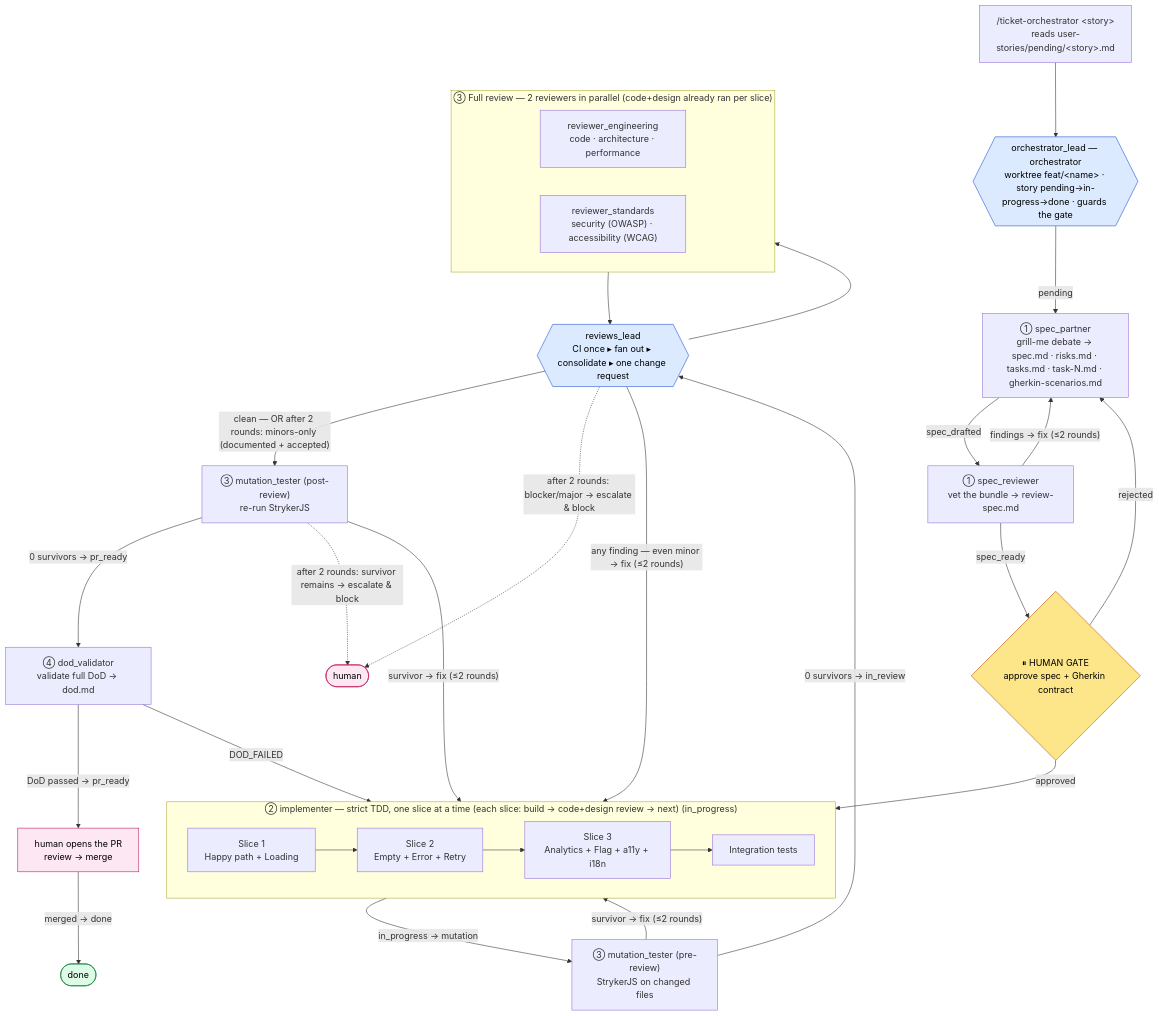
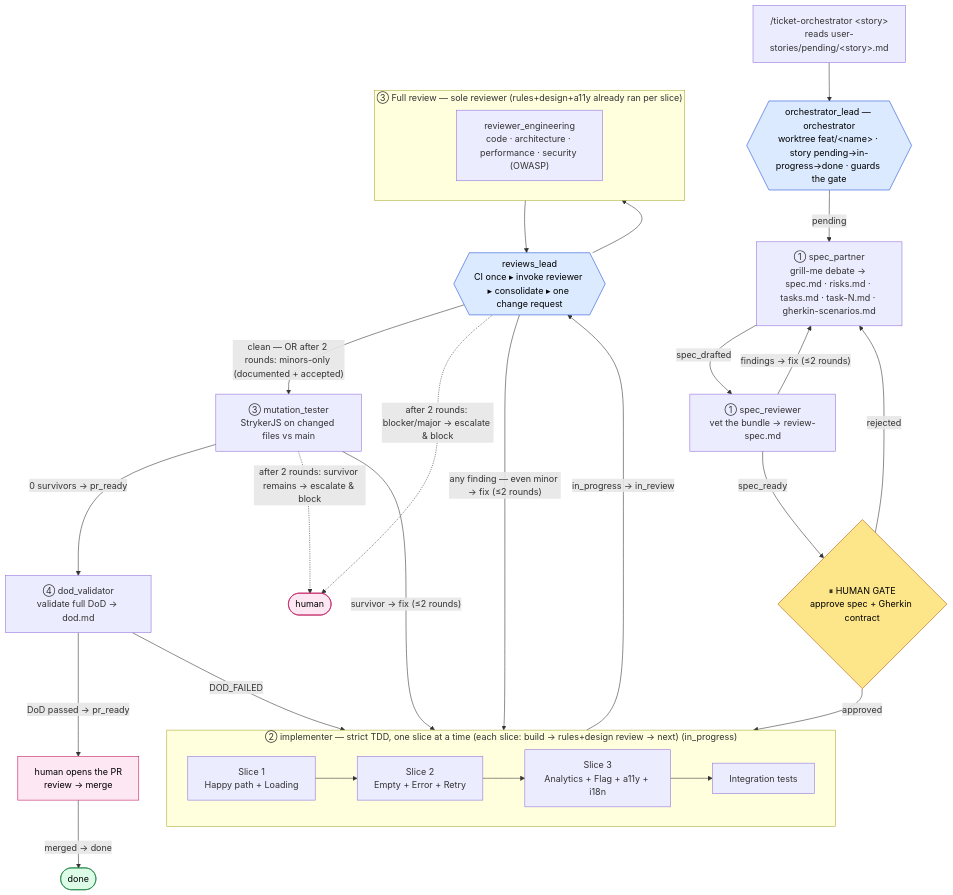
Before and after one commit to rimbener/AI4Devs-finalproject: the diagram in ORCHESTRATOR_PLAN.md, drawn with Mermaid. The commit also changed other lines of this file and 13 other files, not shown here.

First line of the commit message:
chore(orchestrator): drop pre-review mutation; fold reviewer_standards

````diff
--- a/ORCHESTRATOR_PLAN.md
+++ b/ORCHESTRATOR_PLAN.md
@@ -167,48 +165,44 @@
 ```mermaid
 flowchart TD
     CLI["/ticket-orchestrator &lt;story&gt;<br/>reads user-stories/pending/&lt;story&gt;.md"] --> LEAD{{"orchestrator_lead — orchestrator<br/>worktree feat/&lt;name&gt; · story pending→in-progress→done · guards the gate"}}
 
     LEAD -->|pending| P1["① spec_partner<br/>grill-me debate → spec.md · risks.md · tasks.md · task-N.md · gherkin-scenarios.md"]
     P1 -->|spec_drafted| SR["① spec_reviewer<br/>vet the bundle → review-spec.md"]
     SR -->|"findings → fix (≤2 rounds)"| P1
     SR -->|spec_ready| GATE{"⏸ HUMAN GATE<br/>approve spec + Gherkin contract"}
     GATE -->|rejected| P1
 
     GATE -->|"approved"| P3G
-    subgraph P3G["② implementer — strict TDD, one slice at a time (each slice: build → code+design review → next) (in_progress)"]
+    subgraph P3G["② implementer — strict TDD, one slice at a time (each slice: build → rules+design review → next) (in_progress)"]
         direction LR
         S1["Slice 1<br/>Happy path + Loading"] --> S2["Slice 2<br/>Empty + Error + Retry"] --> S3["Slice 3<br/>Analytics + Flag + a11y + i18n"] --> INT["Integration tests"]
     end
 
-    P3G -->|"in_progress → mutation"| MUTPRE["③ mutation_tester (pre-review)<br/>StrykerJS on changed files"]
-    MUTPRE -->|"survivor → fix (≤2 rounds)"| P3G
-    MUTPRE -->|"0 survivors → in_review"| RL
-
-    subgraph RV["③ Full review — 2 reviewers in parallel (code+design already ran per slice)"]
+    subgraph RV["③ Full review — sole reviewer (rules+design+a11y already ran per slice)"]
         direction LR
-        R1["reviewer_engineering<br/>code · architecture · performance"]
-        R2["reviewer_standards<br/>security (OWASP) · accessibility (WCAG)"]
+        R1["reviewer_engineering<br/>code · architecture · performance · security (OWASP)"]
     end
-    RL{{"reviews_lead<br/>CI once ▸ fan out ▸ consolidate ▸ one change request"}}
+    RL{{"reviews_lead<br/>CI once ▸ invoke reviewer ▸ consolidate ▸ one change request"}}
+    P3G -->|"in_progress → in_review"| RL
     RL --> RV
     RV --> RL
 
     RL -->|"any finding — even minor → fix (≤2 rounds)"| P3G
-    RL -->|"clean — OR after 2 rounds: minors-only (documented + accepted)"| MUTPOST["③ mutation_tester (post-review)<br/>re-run StrykerJS"]
+    RL -->|"clean — OR after 2 rounds: minors-only (documented + accepted)"| MUT["③ mutation_tester<br/>StrykerJS on changed files vs main"]
     RL -.->|"after 2 rounds: blocker/major → escalate & block"| ESC(["human"])
-    MUTPOST -->|"survivor → fix (≤2 rounds)"| P3G
-    MUTPOST -->|"0 survivors → pr_ready"| DV["④ dod_validator<br/>validate full DoD → dod.md"]
-    MUTPOST -.->|"after 2 rounds: survivor remains → escalate & block"| ESC
+    MUT -->|"survivor → fix (≤2 rounds)"| P3G
+    MUT -->|"0 survivors → pr_ready"| DV["④ dod_validator<br/>validate full DoD → dod.md"]
+    MUT -.->|"after 2 rounds: survivor remains → escalate & block"| ESC
     DV -->|DOD_FAILED| P3G
     DV -->|"DoD passed → pr_ready"| HPR["human opens the PR<br/>review → merge"]
     HPR -->|merged → done| DONE(["done"])
 
     classDef gate fill:#fde68a,stroke:#b45309,color:#000;
     classDef lead fill:#dbeafe,stroke:#1d4ed8,color:#000;
     classDef terminal fill:#dcfce7,stroke:#15803d,color:#000;
     classDef human fill:#fce7f3,stroke:#be185d,color:#000;
     class GATE gate;
     class LEAD,RL lead;
     class HPR,ESC human;
     class DONE terminal;
 ```
````
